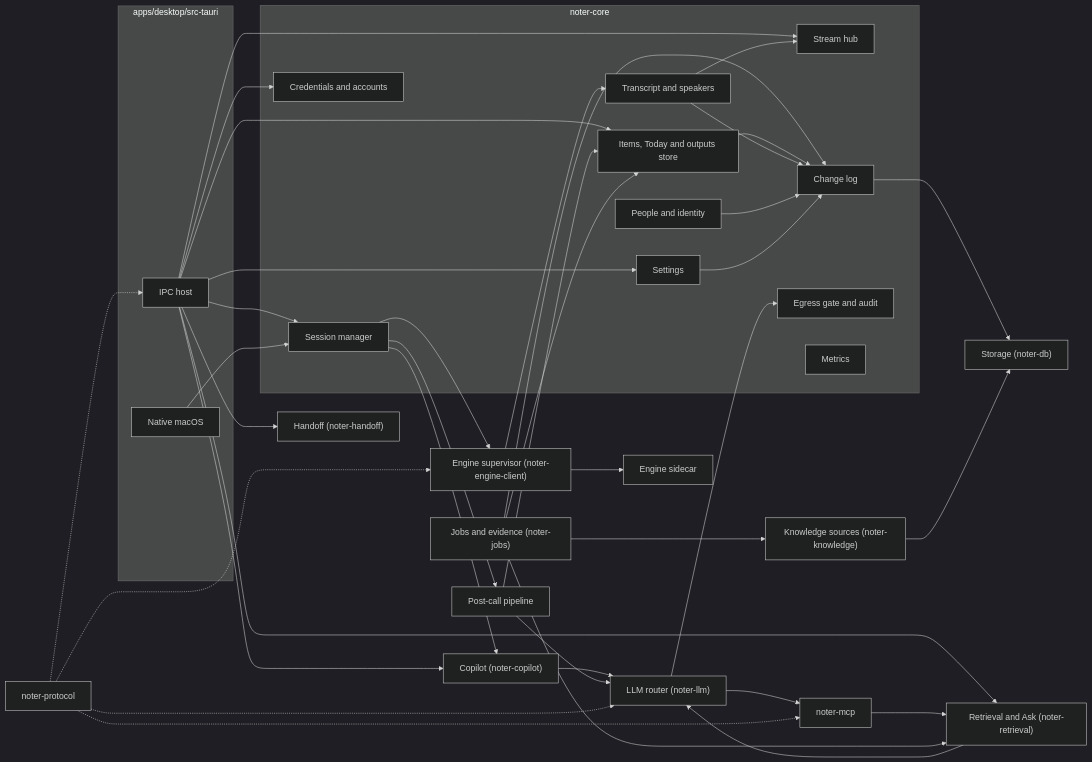
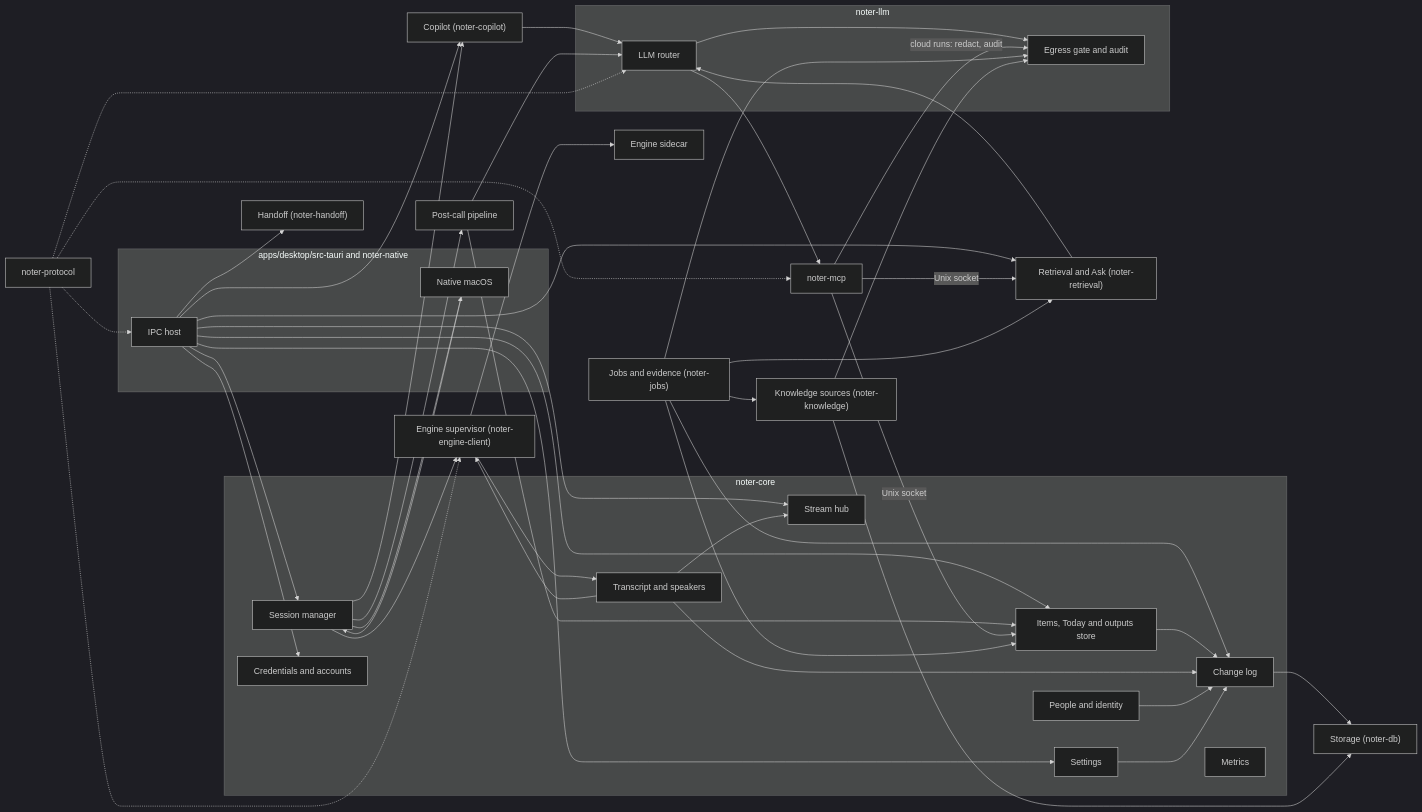
The second of 13 diagrams in docs/DESIGN-core.md (getahead/noter), drawn with Mermaid (dark theme) before and after one commit. The commit also changed other lines of this file and 81 other files, not shown here.

````diff
--- a/docs/DESIGN-core.md
+++ b/docs/DESIGN-core.md
@@ -371,47 +439,53 @@
 ```mermaid
 flowchart LR
-    subgraph tauri["apps/desktop/src-tauri"]
+    subgraph tauri["apps/desktop/src-tauri and noter-native"]
         host["IPC host"]
         native["Native macOS"]
     end
     subgraph corecrate["noter-core"]
         session["Session manager"]
         hub["Stream hub"]
         transcript["Transcript and speakers"]
         items["Items, Today and outputs store"]
         people["People and identity"]
         settings["Settings"]
         creds["Credentials and accounts"]
         changelog["Change log"]
+        metrics["Metrics"]
+    end
+    subgraph llmcrate["noter-llm"]
+        router["LLM router"]
         privacy["Egress gate and audit"]
-        metrics["Metrics"]
     end
     engsup["Engine supervisor (noter-engine-client)"]
     copilot["Copilot (noter-copilot)"]
-    router["LLM router (noter-llm)"]
     postcall["Post-call pipeline"]
     retrieval["Retrieval and Ask (noter-retrieval)"]
     knowledge["Knowledge sources (noter-knowledge)"]
     handoff["Handoff (noter-handoff)"]
     jobs["Jobs and evidence (noter-jobs)"]
     storage["Storage (noter-db)"]
     mcpsrv["noter-mcp"]
     engine["Engine sidecar"]
     proto["noter-protocol"]
     host --> session & items & retrieval & settings & creds & handoff & copilot
     host --> hub
     session --> engsup --> engine
     engsup --> transcript --> hub
     session --> copilot --> router
     session --> postcall --> router
     postcall --> items
     retrieval --> router
     router --> privacy
     router --> mcpsrv
-    mcpsrv --> retrieval
-    jobs --> items & knowledge & retrieval & changelog
+    mcpsrv -->|"Unix socket"| retrieval & items
+    mcpsrv -->|"cloud runs: redact, audit"| privacy
+    jobs --> items & knowledge & retrieval & changelog & privacy
+    knowledge --> privacy
+    session --> native
     items & transcript & people & settings --> changelog --> storage
     knowledge --> storage
     native --> session
+    transcript --> engsup
     proto -.-> host & engsup & mcpsrv & router
 ```
````
